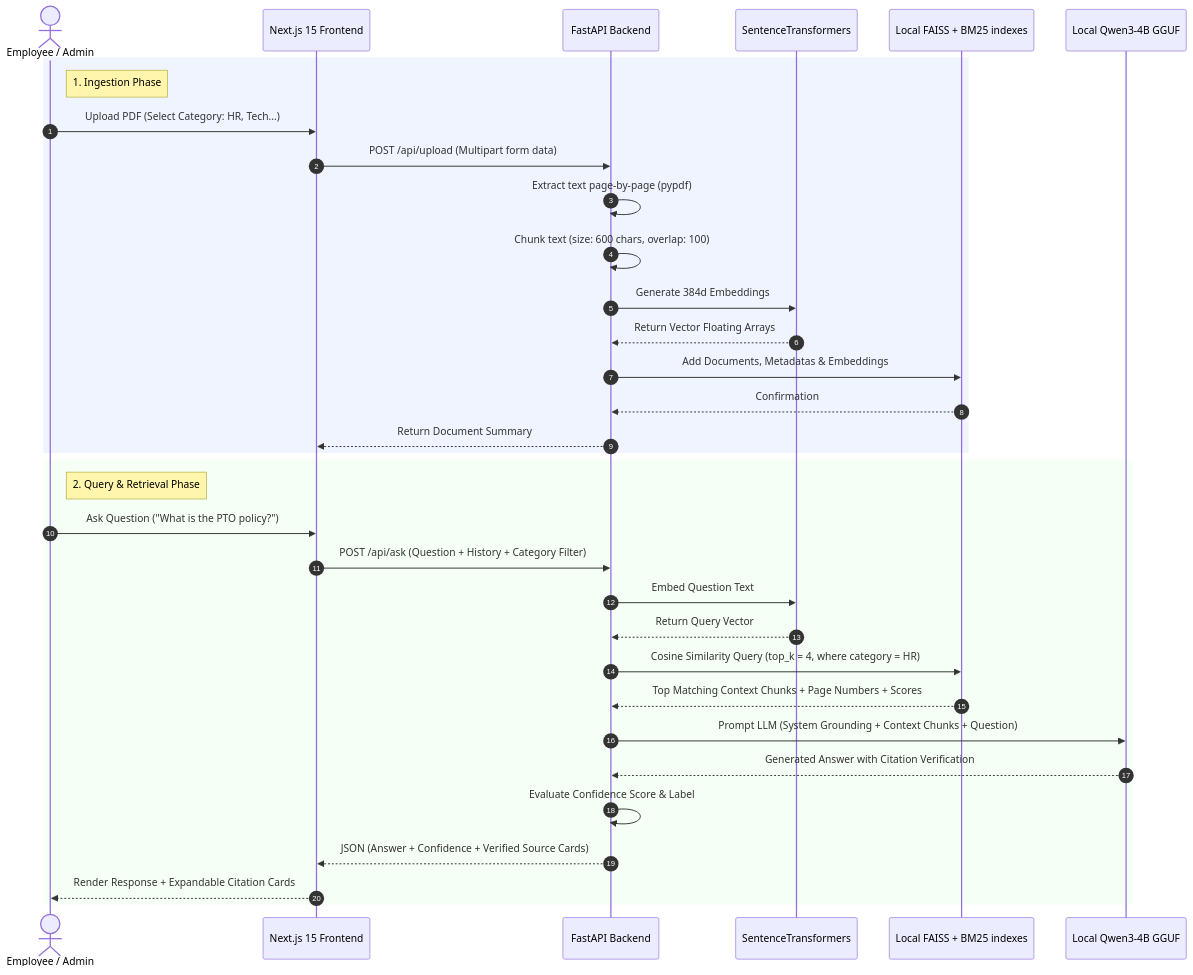
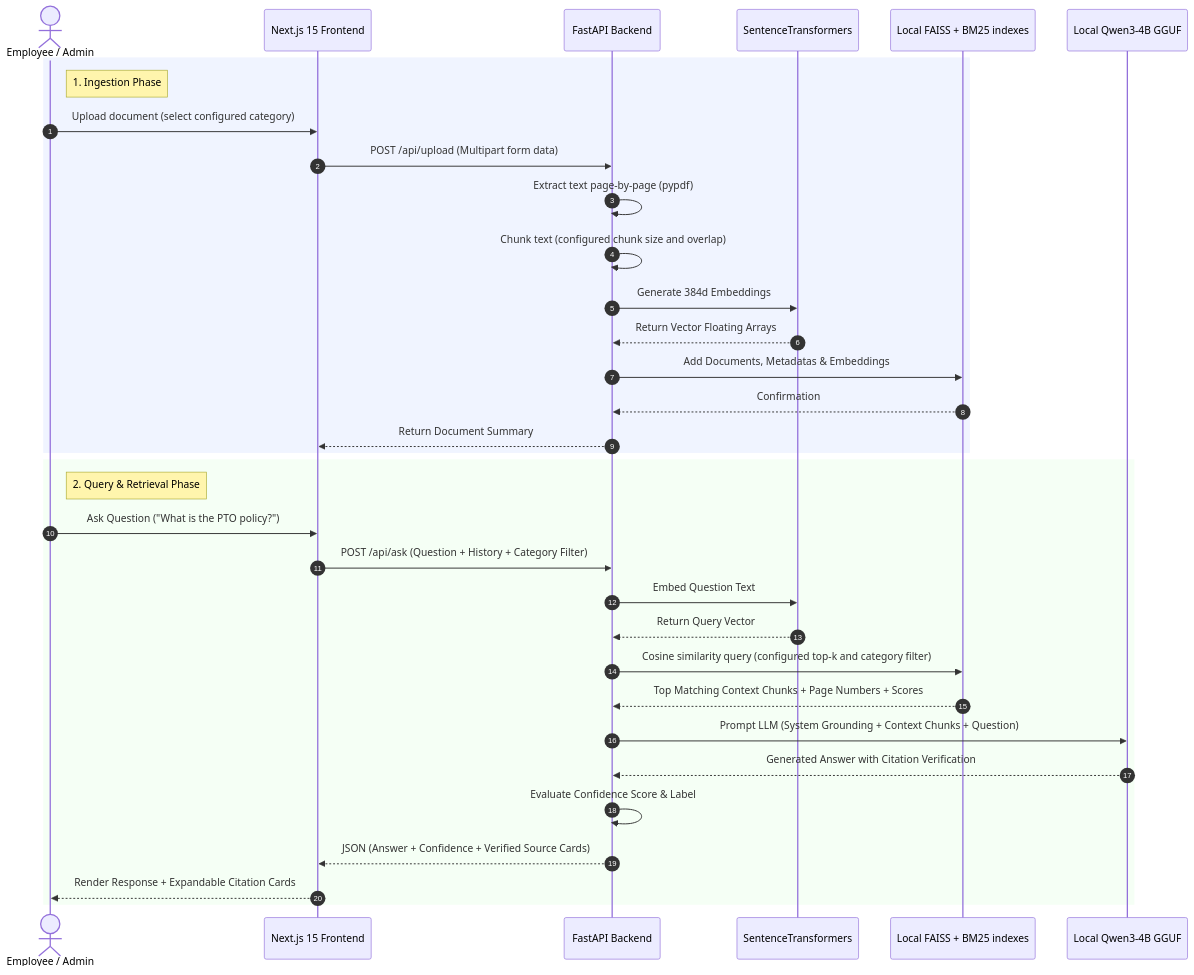
One commit to youcefamar/docMind changed the diagram in docs/architecture.md. Above: the diagram before and after it, drawn with Mermaid. The commit also changed other lines of this file and 25 other files, not shown here.

````diff
--- a/docs/architecture.md
+++ b/docs/architecture.md
@@ -15,38 +15,38 @@
 ```mermaid
 sequenceDiagram
     autonumber
     actor Employee as Employee / Admin
     participant FE as Next.js 15 Frontend
     participant BE as FastAPI Backend
     participant Emb as SentenceTransformers
     participant DB as Local FAISS + BM25 indexes
     participant LLM as Local Qwen3-4B GGUF
 
     rect rgb(240, 244, 255)
     note right of Employee: 1. Ingestion Phase
-    Employee->>FE: Upload PDF (Select Category: HR, Tech...)
+    Employee->>FE: Upload document (select configured category)
     FE->>BE: POST /api/upload (Multipart form data)
     BE->>BE: Extract text page-by-page (pypdf)
-    BE->>BE: Chunk text (size: 600 chars, overlap: 100)
+    BE->>BE: Chunk text (configured chunk size and overlap)
     BE->>Emb: Generate 384d Embeddings
     Emb-->>BE: Return Vector Floating Arrays
     BE->>DB: Add Documents, Metadatas & Embeddings
     DB-->>BE: Confirmation
     BE-->>FE: Return Document Summary
     end
 
     rect rgb(245, 255, 245)
     note right of Employee: 2. Query & Retrieval Phase
     Employee->>FE: Ask Question ("What is the PTO policy?")
     FE->>BE: POST /api/ask (Question + History + Category Filter)
     BE->>Emb: Embed Question Text
     Emb-->>BE: Return Query Vector
-    BE->>DB: Cosine Similarity Query (top_k = 4, where category = HR)
+    BE->>DB: Cosine similarity query (configured top-k and category filter)
     DB-->>BE: Top Matching Context Chunks + Page Numbers + Scores
     BE->>LLM: Prompt LLM (System Grounding + Context Chunks + Question)
     LLM-->>BE: Generated Answer with Citation Verification
     BE->>BE: Evaluate Confidence Score & Label
     BE-->>FE: JSON (Answer + Confidence + Verified Source Cards)
     FE-->>Employee: Render Response + Expandable Citation Cards
     end
 ```
````
